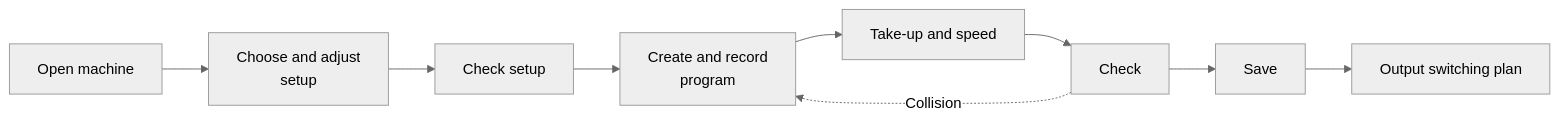
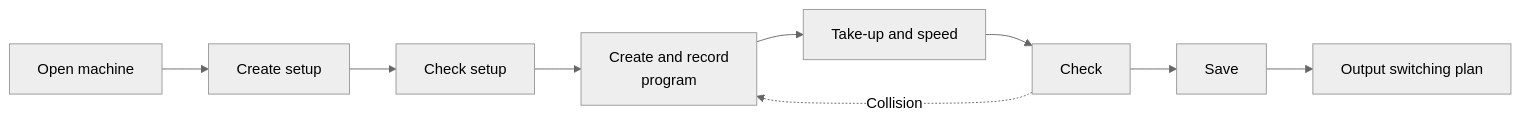
One commit to Herzog-GmbH/HerzogCAB-Docs changed the diagram in docs/tasks/create-braiding-program.en.md. Above: the diagram before and after it, drawn with Mermaid (neutral theme). The commit also changed other lines of this file and 53 other files, not shown here.

````diff
--- a/docs/tasks/create-braiding-program.en.md
+++ b/docs/tasks/create-braiding-program.en.md
@@ -13,11 +13,11 @@
 ```mermaid
 flowchart LR
-  A["Open machine"] --> B["Choose and adjust<br>setup"]
+  A["Open machine"] --> B["Create setup"]
   B --> C["Check setup"]
   C --> D["Create and record<br>program"]
   D --> E["Take-up and speed"]
   E --> F["Check"]
   F --> G["Save"]
   G --> H["Output switching plan"]
   F -. Collision .-> D
 ```
````
